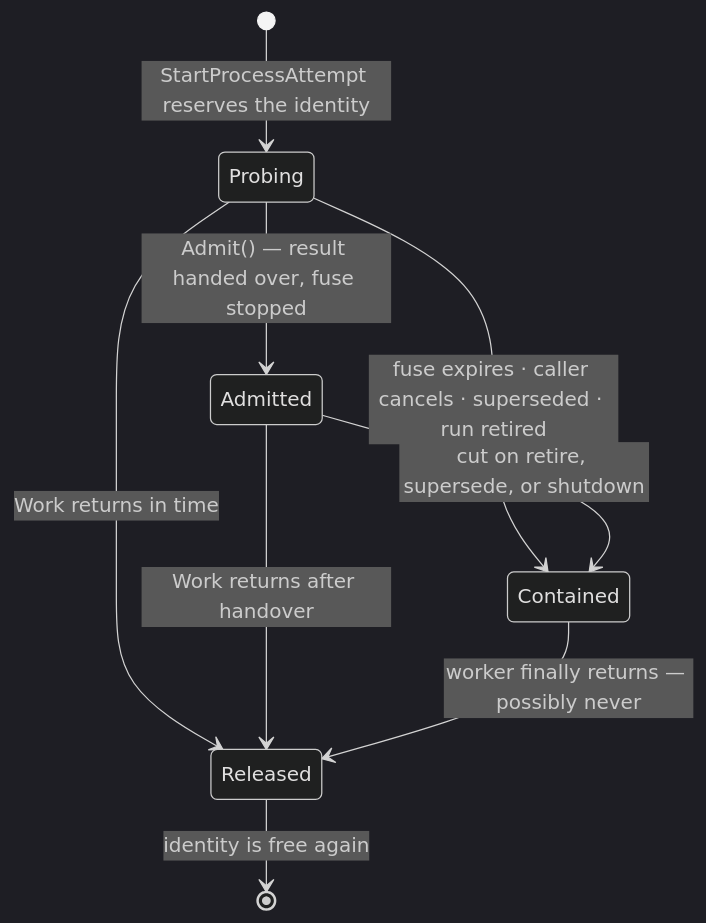
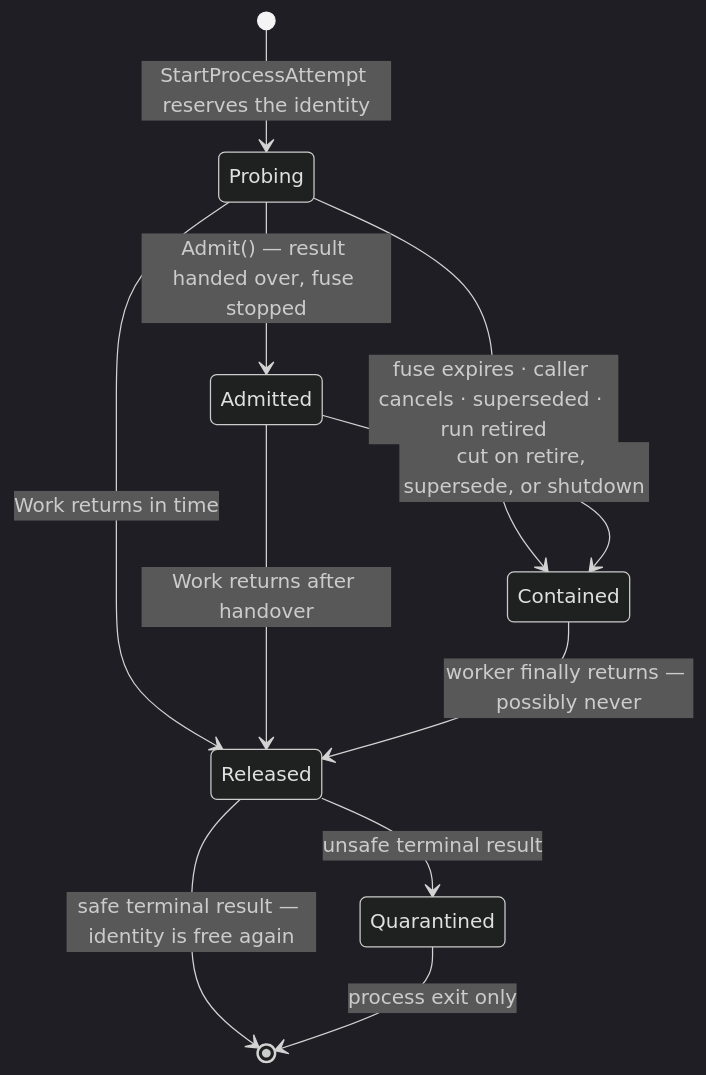
One commit to netdata/netdata changed the fourth of 11 diagrams in src/go/plugin/agent/jobmgr/ARCHITECTURE.md. Above: the diagram before and after it, drawn with Mermaid (dark theme). The commit also changed other lines of this file and 12 other files, not shown here.

````diff
--- a/src/go/plugin/agent/jobmgr/ARCHITECTURE.md
+++ b/src/go/plugin/agent/jobmgr/ARCHITECTURE.md
@@ -285,11 +286,13 @@
 ```mermaid
 stateDiagram-v2
     [*] --> Probing: StartProcessAttempt reserves the identity
     Probing --> Admitted: Admit() — result handed over, fuse stopped
     Probing --> Released: Work returns in time
     Admitted --> Released: Work returns after handover
     Probing --> Contained: fuse expires · caller cancels · superseded · run retired
     Admitted --> Contained: cut on retire, supersede, or shutdown
     Contained --> Released: worker finally returns — possibly never
-    Released --> [*]: identity is free again
+    Released --> [*]: safe terminal result — identity is free again
+    Released --> Quarantined: unsafe terminal result
+    Quarantined --> [*]: process exit only
 ```
````
